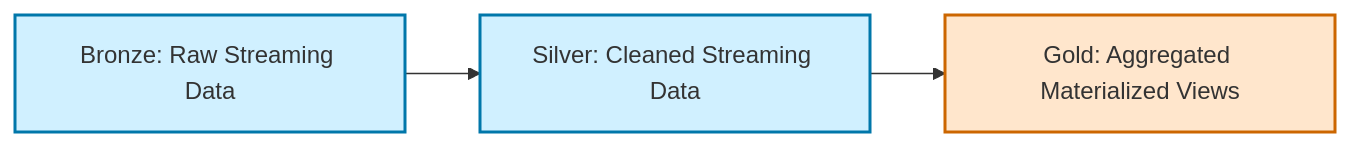
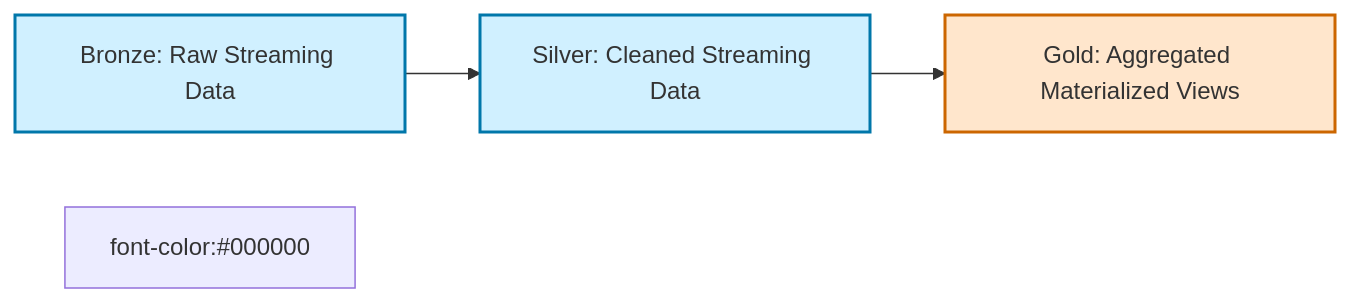
The first of 4 diagrams in notes/Lakeflow-Declarative-Tables.md (AxelEspinosa94/databricks-de-2026), drawn with Mermaid before and after one commit.

Commit message:
Changed Mermaid's font-color

````diff
--- a/notes/Lakeflow-Declarative-Tables.md
+++ b/notes/Lakeflow-Declarative-Tables.md
@@ -96,12 +96,12 @@
 ```mermaid
 flowchart LR
     A[Bronze: Raw Streaming Data] --> B[Silver: Cleaned Streaming Data]
     B --> C[Gold: Aggregated Materialized Views]
 
     A:::stream
     B:::stream
     C:::mv
 
-    classDef stream fill:#d0f0ff,stroke:#0077aa,stroke-width:2px;
-    classDef mv fill:#ffe6cc,stroke:#cc6600,stroke-width:2px;
+    classDef stream fill:#d0f0ff,stroke:#0077aa,stroke-width:2px;font-color:#000000;
+    classDef mv fill:#ffe6cc,stroke:#cc6600,stroke-width:2px;font-color:#000000;
 ```
````
